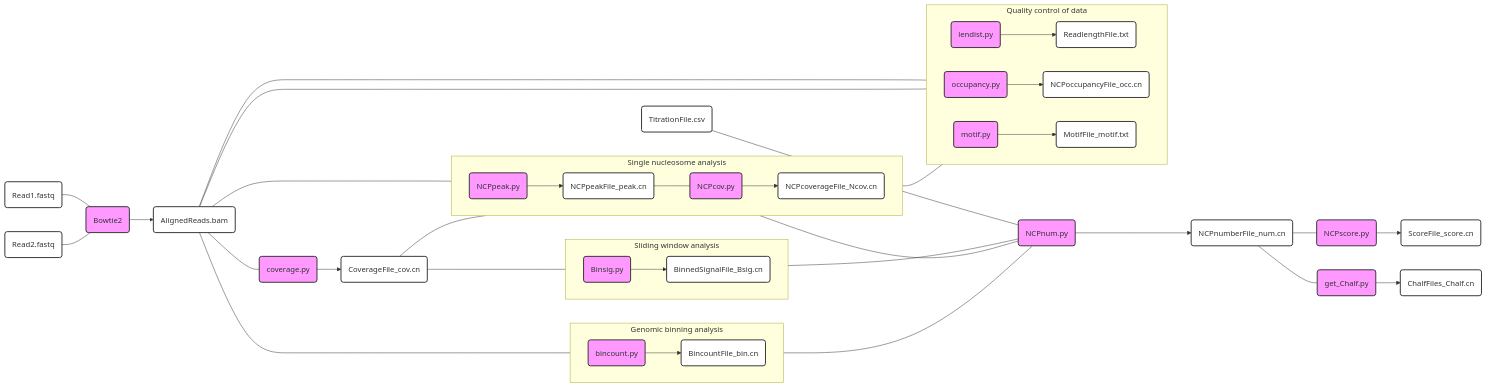
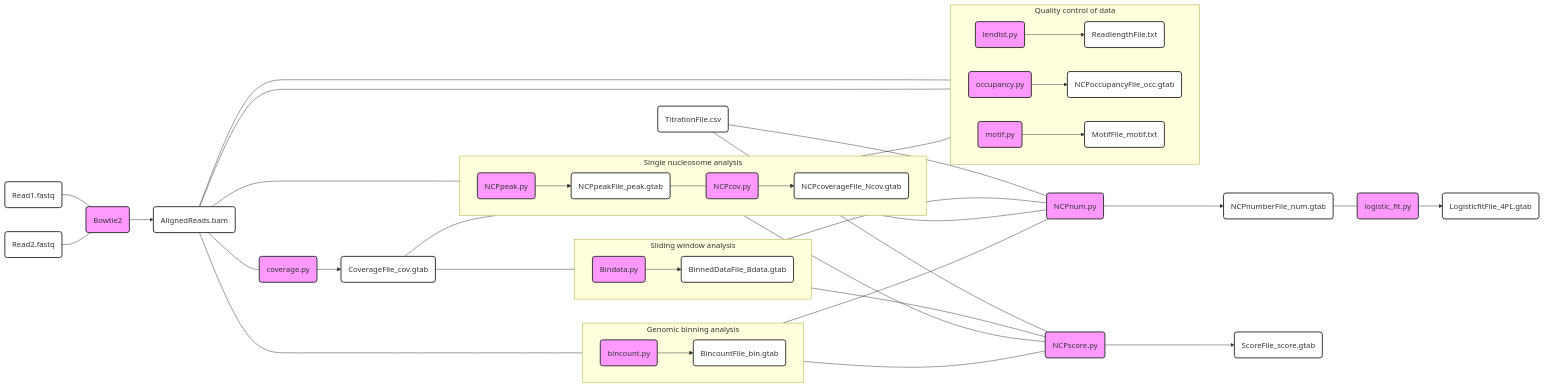
Before and after one commit to spark159/condense-seq: the diagram in README.md, drawn with Mermaid. The commit also changed other lines of this file, not shown here.

````diff
--- a/README.md
+++ b/README.md
@@ -29,7 +30,7 @@
         lendist_script("lendist.py"):::script
         lendist_file("ReadlengthFile.txt"):::file
         occ_script("occupancy.py"):::script
-        occ_file("NCPoccupancyFile_occ.cn"):::file
+        occ_file("NCPoccupancyFile_occ.gtab"):::file
         motif_script("motif.py"):::script
         motif_file("MotifFile_motif.txt"):::file
 
@@ -43,7 +44,7 @@
         direction LR
 
         bincount_script("bincount.py"):::script
-        bincount_file("BincountFile_bin.cn"):::file
+        bincount_file("BincountFile_bin.gtab"):::file
 
         bincount_script --> bincount_file
 
@@ -53,12 +54,12 @@
         direction LR
 
         NCPpeak_script("NCPpeak.py"):::script    
-        NCPpeak_file("NCPpeakFile_peak.cn"):::file
+        NCPpeak_file("NCPpeakFile_peak.gtab"):::file
 
         NCPpeak_script --> NCPpeak_file
 
         NCPcov_script("NCPcov.py"):::script
-        NCPcov_file("NCPcoverageFile_Ncov.cn"):::file
+        NCPcov_file("NCPcoverageFile_Ncov.gtab"):::file
         
         NCPcov_script --> NCPcov_file
 
@@ -67,10 +68,10 @@
     subgraph Sliding window analysis
         direction LR
 
-        binsig_script("Binsig.py"):::script
-        binsig_file("BinnedSignalFile_Bsig.cn"):::file
+        bindata_script("Bindata.py"):::script
+        bindata_file("BinnedDataFile_Bdata.gtab"):::file
 
-        binsig_script --> binsig_file
+        bindata_script --> bindata_file
 
     end
 
@@ -79,7 +80,7 @@
     NCPpeak_file --- motif_script
 
     coverage_script("coverage.py"):::script
-    coverage_file("CoverageFile_cov.cn"):::file
+    coverage_file("CoverageFile_cov.gtab"):::file
 
     AlignedReads --- coverage_script
     coverage_script --> coverage_file
@@ -87,28 +88,32 @@
     AlignedReads --- bincount_script
     AlignedReads --- NCPpeak_script
     NCPpeak_file & coverage_file --- NCPcov_script
-    coverage_file --- binsig_script
+    coverage_file --- bindata_script
 
     NCPnum_script("NCPnum.py"):::script
-    NCPnum_file("NCPnumberFile_num.cn"):::file
+    NCPnum_file("NCPnumberFile_num.gtab"):::file
 
     bincount_file --- NCPnum_script    
     NCPcov_file --- NCPnum_script
-    binsig_file --- NCPnum_script
+    bindata_file --- NCPnum_script
     titr_file --- NCPnum_script
 
     NCPnum_script --> NCPnum_file
 
     NCPscore_script("NCPscore.py"):::script
-    NCPscore_file("ScoreFile_score.cn"):::file
+    NCPscore_file("ScoreFile_score.gtab"):::file
 
-    NCPnum_file --- NCPscore_script
+    bincount_file --- NCPscore_script
+    NCPcov_file --- NCPscore_script
+    bindata_file --- NCPscore_script
+    titr_file --- NCPscore_script
+    
     NCPscore_script --> NCPscore_file
 
-    Chalf_script("get_Chalf.py"):::script
-    Chalf_file("ChalfFiles_Chalf.cn"):::file
+    logistic_script("logistic_fit.py"):::script
+    logistic_file("LogisticfitFile_4PL.gtab"):::file
 
-    NCPnum_file --- Chalf_script
-    Chalf_script --> Chalf_file
+    NCPnum_file --- logistic_script
+    logistic_script --> logistic_file
 
 ```
````
